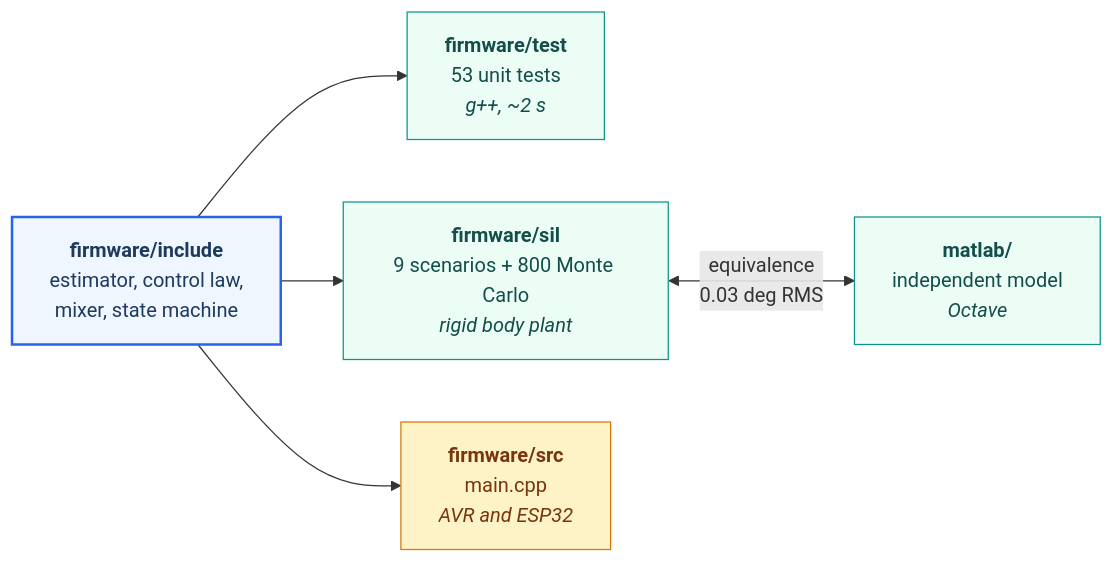
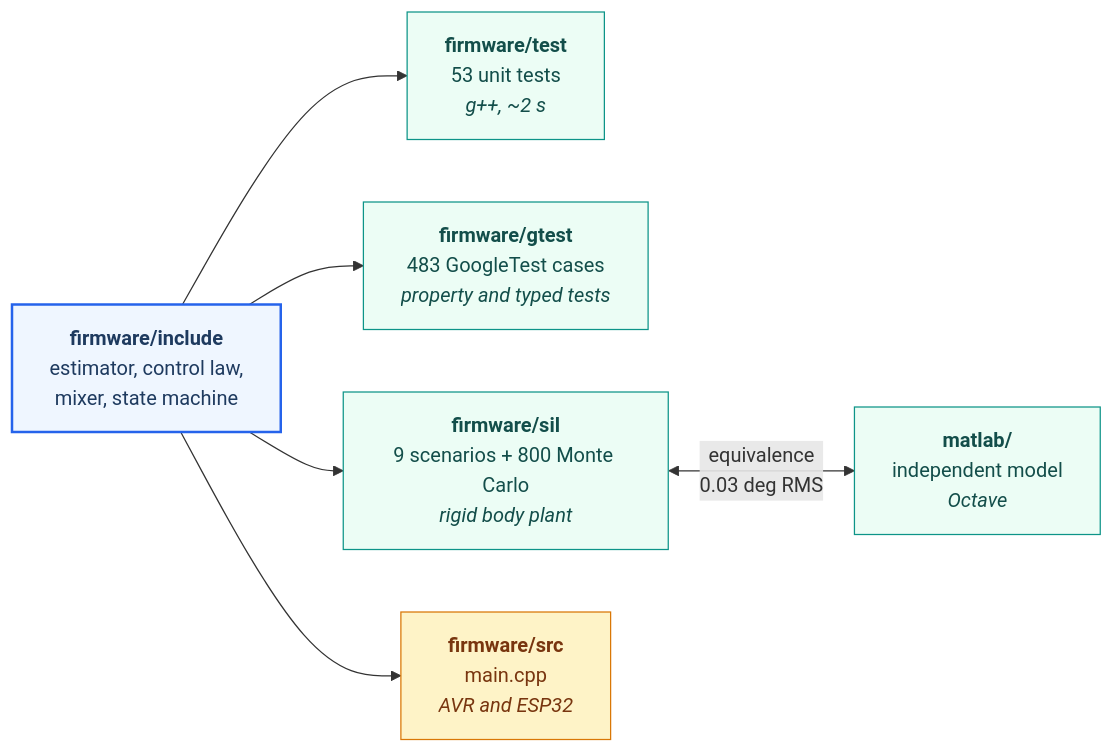
The second of 2 diagrams in docs/architecture.md (KHALEDNOAMAN/DroneCtrl), drawn with Mermaid before and after one commit. The commit also changed 10 other files, not shown here.

First line of the commit message:
test: GoogleTest suite with property, typed and table-driven tests

````diff
--- a/docs/architecture.md
+++ b/docs/architecture.md
@@ -68,22 +68,24 @@
 ```mermaid
 flowchart LR
     SRC["<b>firmware/include</b><br/>estimator, control law,<br/>mixer, state machine"]
 
     UT["<b>firmware/test</b><br/>53 unit tests<br/><i>g++, ~2 s</i>"]
+    GT["<b>firmware/gtest</b><br/>483 GoogleTest cases<br/><i>property and typed tests</i>"]
     SIL["<b>firmware/sil</b><br/>9 scenarios + 800 Monte Carlo<br/><i>rigid body plant</i>"]
     FW["<b>firmware/src</b><br/>main.cpp<br/><i>AVR and ESP32</i>"]
 
     MIL["<b>matlab/</b><br/>independent model<br/><i>Octave</i>"]
 
     SRC --> UT
+    SRC --> GT
     SRC --> SIL
     SRC --> FW
     SIL <-->|"equivalence<br/>0.03 deg RMS"| MIL
 
     classDef src fill:#eff6ff,stroke:#2563eb,stroke-width:2px,color:#1e3a5f
     classDef test fill:#ecfdf5,stroke:#0d9488,color:#134e4a
     classDef flight fill:#fef3c7,stroke:#d97706,color:#78350f
     class SRC src
-    class UT,SIL,MIL test
+    class UT,GT,SIL,MIL test
     class FW flight
 ```
````
